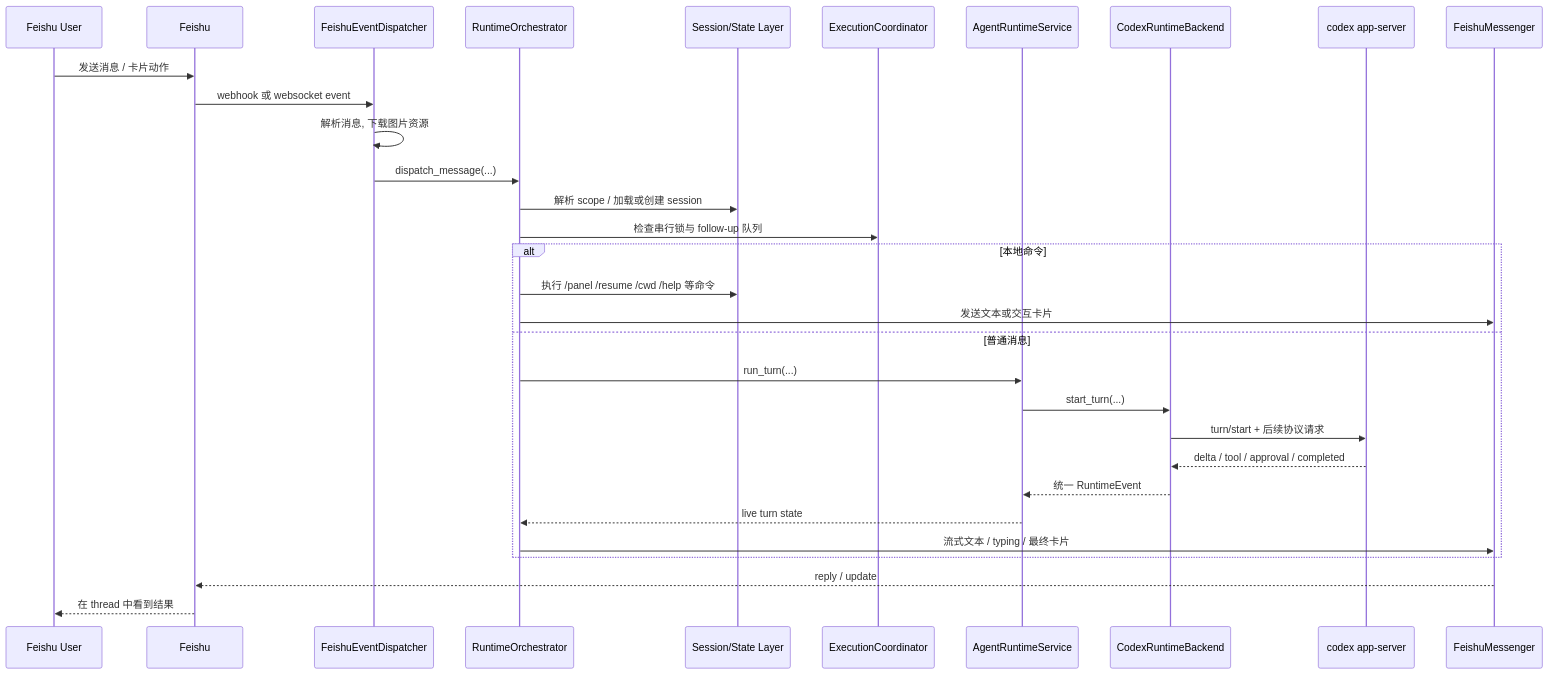
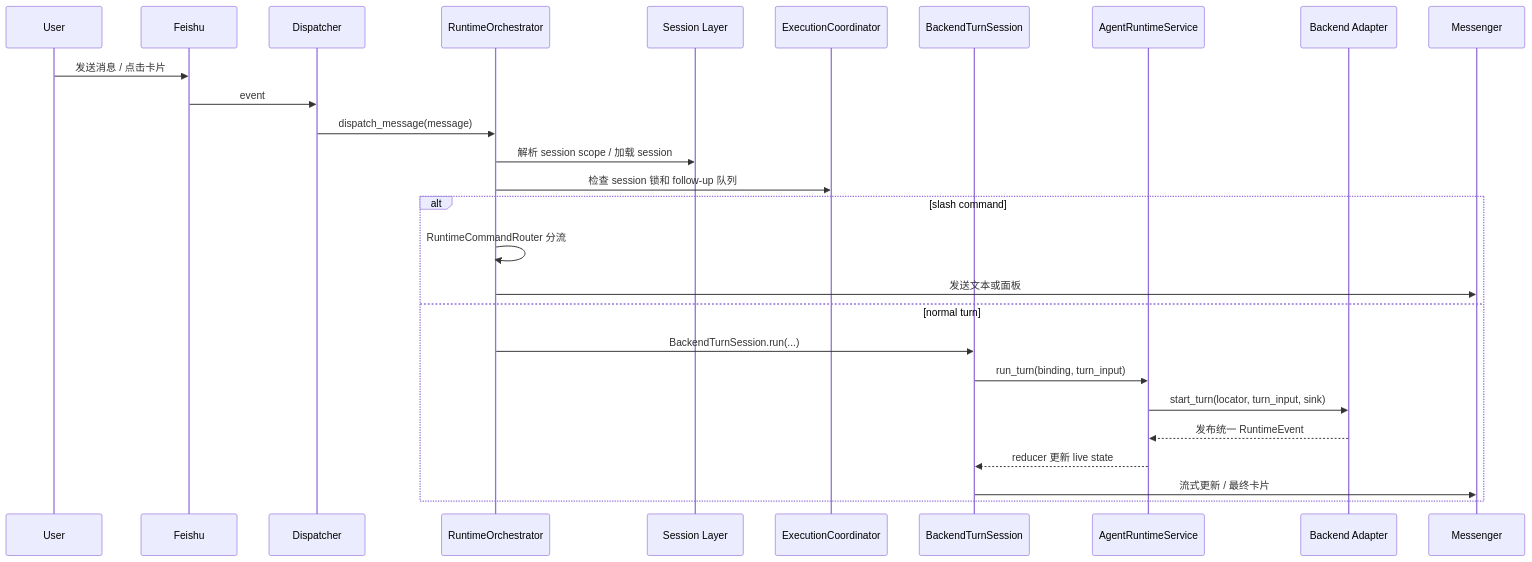
The second of 2 diagrams in docs/architecture.md (Krual-T/OpenRelay), drawn with Mermaid before and after one commit. The commit also changed other lines of this file, not shown here.

Commit message:
docs: rewrite architecture overview from current code

````diff
--- a/docs/architecture.md
+++ b/docs/architecture.md
@@ -59,34 +227,30 @@
 ```mermaid
 sequenceDiagram
-    participant U as Feishu User
+    participant U as User
     participant F as Feishu
-    participant D as FeishuEventDispatcher
-    participant R as RuntimeOrchestrator
-    participant S as Session/State Layer
+    participant D as Dispatcher
+    participant O as RuntimeOrchestrator
+    participant S as Session Layer
     participant E as ExecutionCoordinator
+    participant T as BackendTurnSession
     participant A as AgentRuntimeService
-    participant B as CodexRuntimeBackend
-    participant C as codex app-server
-    participant M as FeishuMessenger
+    participant B as Backend Adapter
+    participant M as Messenger
 
-    U->>F: 发送消息 / 卡片动作
-    F->>D: webhook 或 websocket event
-    D->>D: 解析消息, 下载图片资源
-    D->>R: dispatch_message(...)
-    R->>S: 解析 scope / 加载或创建 session
-    R->>E: 检查串行锁与 follow-up 队列
-    alt 本地命令
-        R->>S: 执行 /panel /resume /cwd /help 等命令
-        R->>M: 发送文本或交互卡片
-    else 普通消息
-        R->>A: run_turn(...)
-        A->>B: start_turn(...)
-        B->>C: turn/start + 后续协议请求
-        C-->>B: delta / tool / approval / completed
-        B-->>A: 统一 RuntimeEvent
-        A-->>R: live turn state
-        R->>M: 流式文本 / typing / 最终卡片
+    U->>F: 发送消息 / 点击卡片
+    F->>D: event
+    D->>O: dispatch_message(message)
+    O->>S: 解析 session scope / 加载 session
+    O->>E: 检查 session 锁和 follow-up 队列
+    alt slash command
+        O->>O: RuntimeCommandRouter 分流
+        O->>M: 发送文本或面板
+    else normal turn
+        O->>T: BackendTurnSession.run(...)
+        T->>A: run_turn(binding, turn_input)
+        A->>B: start_turn(locator, turn_input, sink)
+        B-->>A: 发布统一 RuntimeEvent
+        A-->>T: reducer 更新 live state
+        T->>M: 流式更新 / 最终卡片
     end
-    M-->>F: reply / update
-    F-->>U: 在 thread 中看到结果
 ```
````
